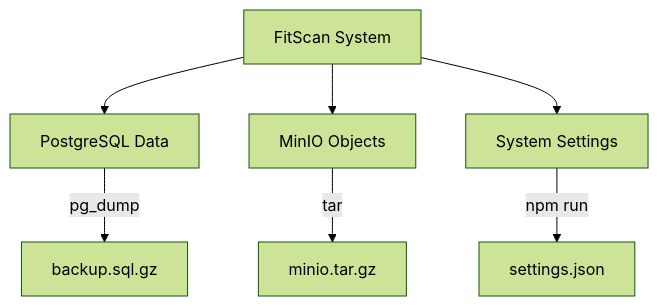
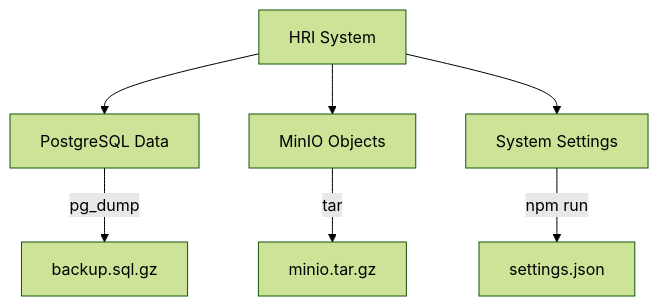
Before and after one commit to poojaroonwit/studio: the diagram in docs/workflows/Backup & Recovery Flow.md, drawn with Mermaid (forest theme). The commit also changed other lines of this file and 119 other files, not shown here.

````diff
--- a/docs/workflows/Backup & Recovery Flow.md
+++ b/docs/workflows/Backup & Recovery Flow.md
@@ -15,10 +15,10 @@
 ```mermaid
 graph TD
-    System[FitScan System] --> DB[PostgreSQL Data]
+    System[HRI System] --> DB[PostgreSQL Data]
     System --> S3[MinIO Objects]
     System --> Conf[System Settings]
 
     DB -->|pg_dump| DB_File[backup.sql.gz]
     S3 -->|tar| S3_File[minio.tar.gz]
     Conf -->|npm run| Conf_File[settings.json]
 ```
````
